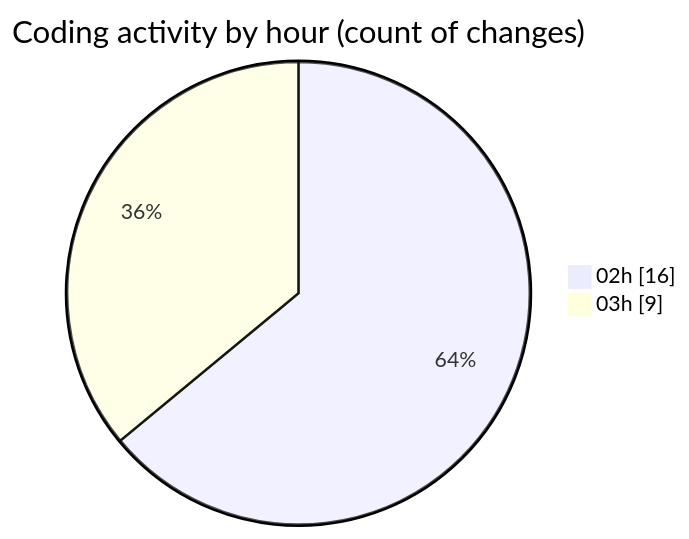
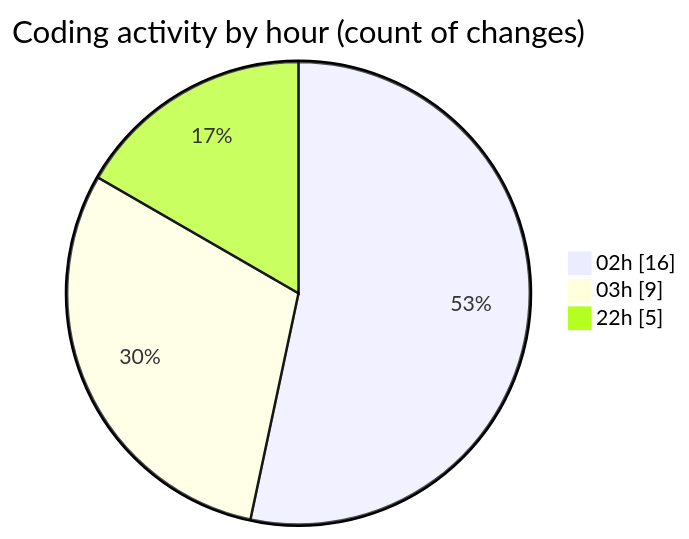
One commit to lephambinh05/code-tracking changed the second of 2 diagrams in 2025-07-31/studybuddy/README.md. Above: the diagram before and after it, drawn with Mermaid. The commit also changed other lines of this file and 1 other file, not shown here.

````diff
--- a/2025-07-31/studybuddy/README.md
+++ b/2025-07-31/studybuddy/README.md
@@ -40,6 +41,7 @@
 ```mermaid
 pie showData
 title Coding activity by hour (count of changes)
 "02h" : 16
 "03h" : 9
+"22h" : 5
 ```
````
